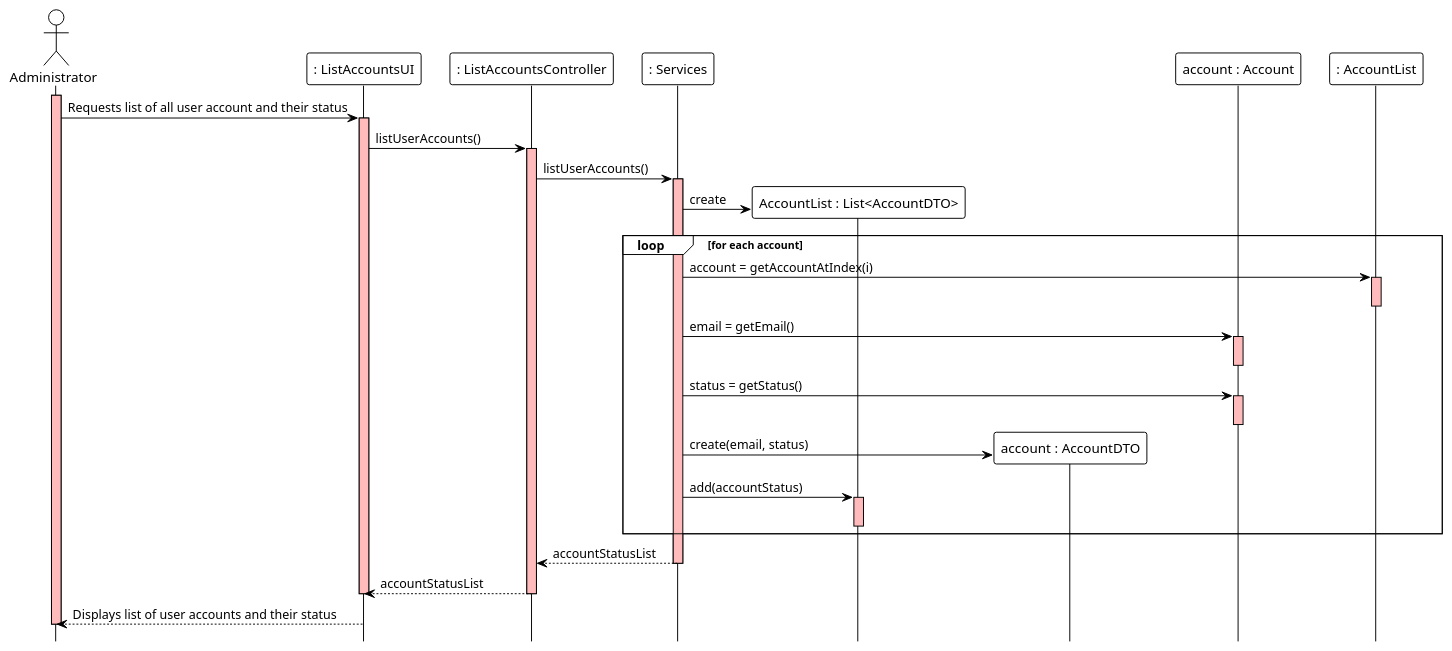
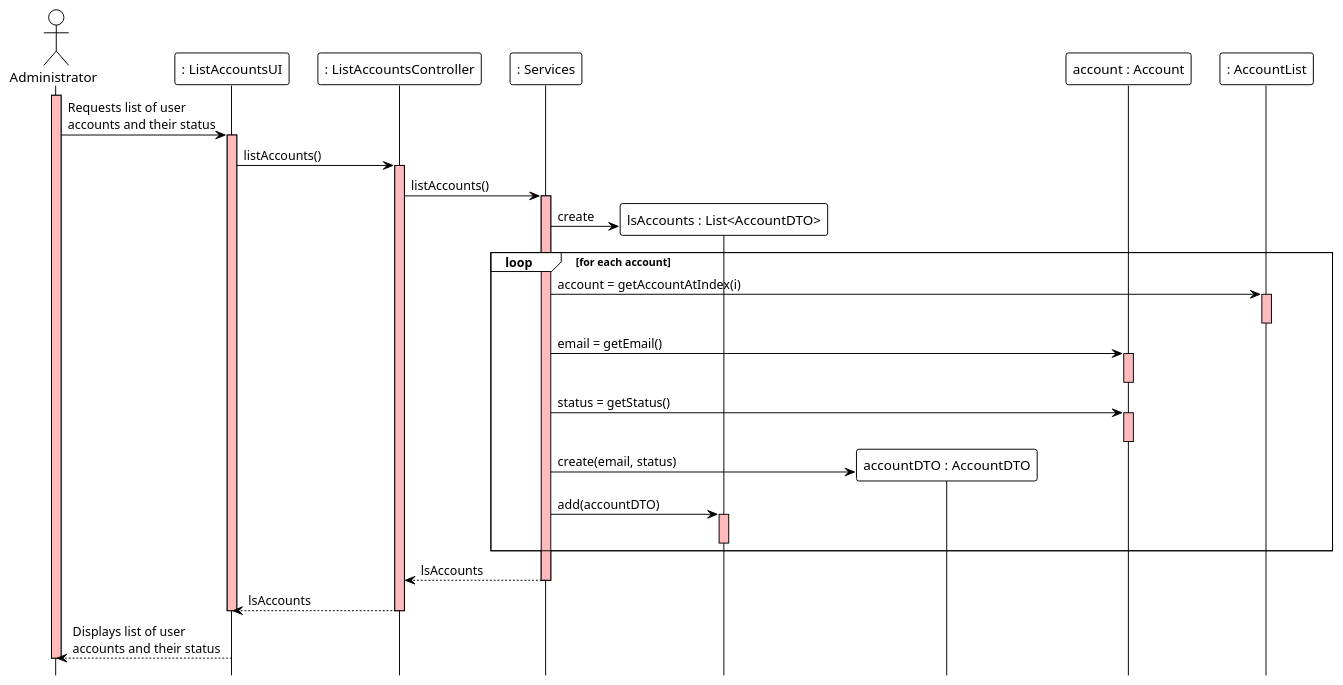
The diagram in docs/modelling_design/user_stories/us004/US004_ListAllAccountsAndStatusSD.puml (ivo-menezes/project_g3), drawn with PlantUML before and after one commit.

Commit message:
US004: Design: fixed typos in ListAllAccountsAndStatusSD

```diff
--- a/docs/modelling_design/user_stories/us004/US004_ListAllAccountsAndStatusSD.puml
+++ b/docs/modelling_design/user_stories/us004/US004_ListAllAccountsAndStatusSD.puml
@@ -1,54 +1,54 @@
 @startuml
 !theme plain
 hide footbox
 
 actor Administrator as Administrator
 participant ": ListAccountsUI" as UI
 participant ": ListAccountsController" as Controller
 participant ": Services" as Services
-participant "AccountList : List<AccountDTO>" as DTOList
-participant "account : AccountDTO" as DTO
+participant "lsAccounts : List<AccountDTO>" as DTOList
+participant "accountDTO : AccountDTO" as DTO
 participant "account : Account" as account
 
 participant ": AccountList" as AccountList
 
 activate Administrator #FFBBBB
-Administrator ->  UI: Requests list of all user account and their status
+Administrator ->  UI: Requests list of user\naccounts and their status
 
 activate UI #FFBBBB
-UI -> Controller: listUserAccounts()
+UI -> Controller: listAccounts()
 
 activate Controller #FFBBBB
-Controller -> Services: listUserAccounts()
+Controller -> Services: listAccounts()
 
 activate Services #FFBBBB
 Services -> DTOList ** : create
 
 loop for each account
 Services -> AccountList : account = getAccountAtIndex(i)
 activate AccountList #FFBBBB
 deactivate AccountList
 Services -> account : email = getEmail()
 activate account #FFBBBB
 deactivate account
 Services -> account : status = getStatus()
 activate account #FFBBBB
 deactivate account
 
 Services -> DTO ** : create(email, status)
 
-Services -> DTOList : add(accountStatus)
+Services -> DTOList : add(accountDTO)
 activate DTOList #FFBBBB
 deactivate DTOList
 end
 
-Services --> Controller : accountStatusList
+Services --> Controller : lsAccounts
 deactivate Services
 
-Controller --> UI : accountStatusList
+Controller --> UI : lsAccounts
 deactivate Controller
 deactivate UI
 
-UI --> Administrator: Displays list of user accounts and their status
+UI --> Administrator: Displays list of user\naccounts and their status
 deactivate Administrator #FFBBBB
 @enduml
```
